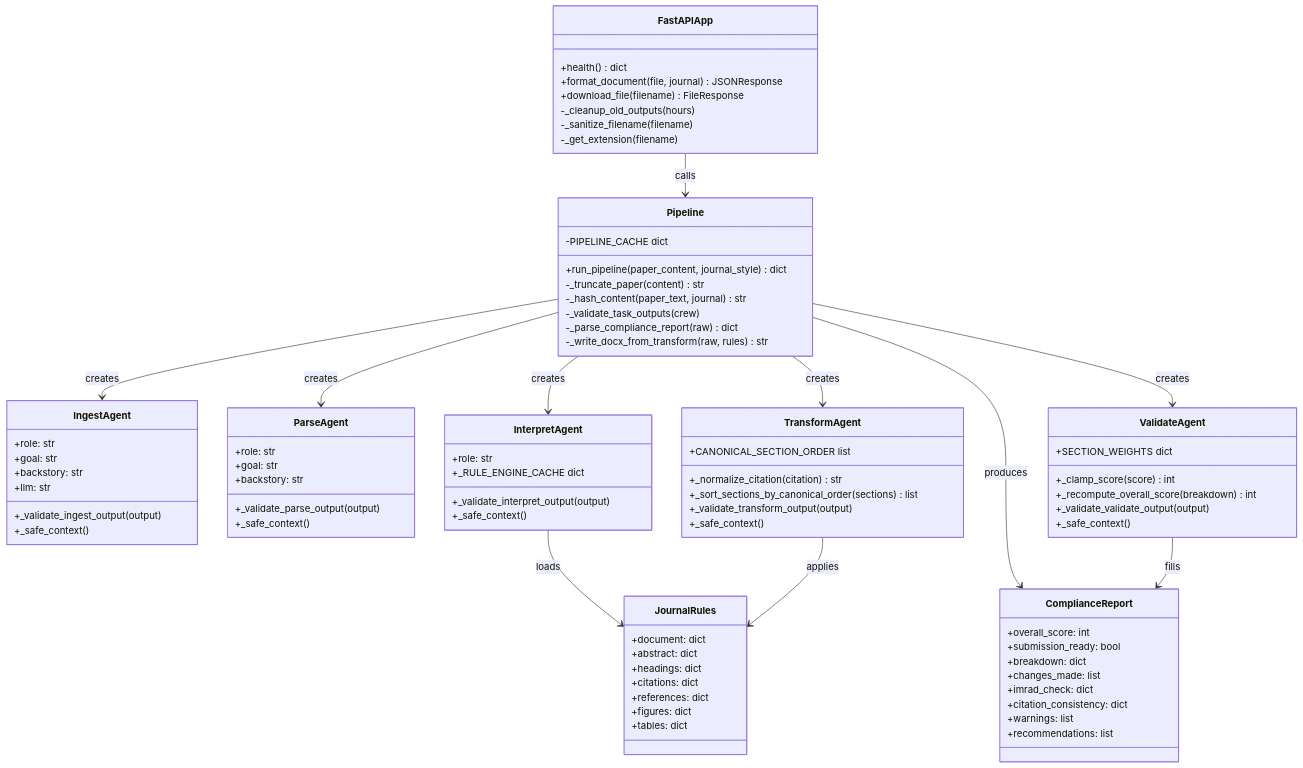
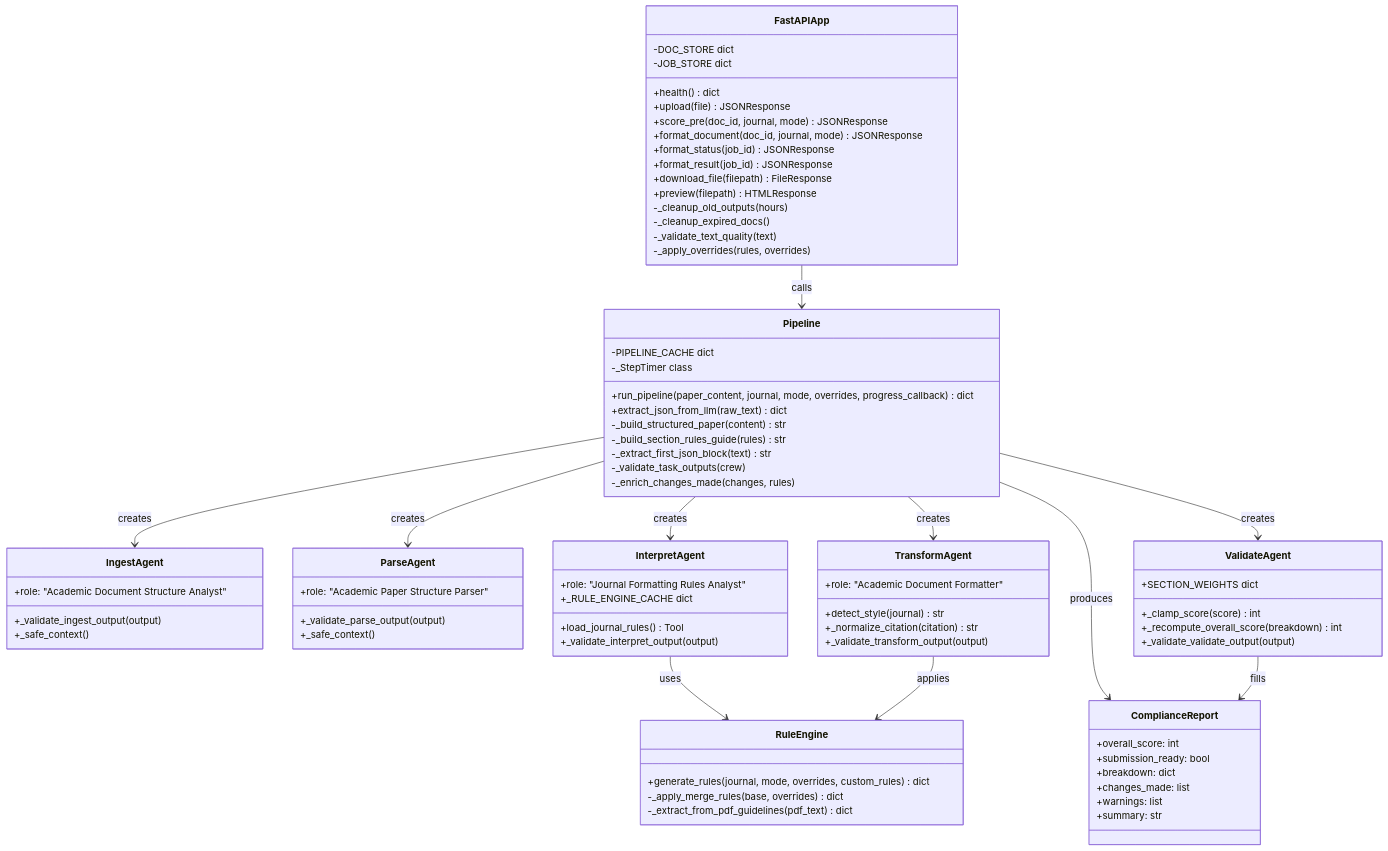
Before and after one commit to urvagandhi/TBD: the fifth of 7 diagrams in README.md, drawn with Mermaid. The commit also changed other lines of this file and 3 other files, not shown here.

````diff
--- a/README.md
+++ b/README.md
@@ -384,53 +497,57 @@
 classDiagram
     class FastAPIApp {
         +health() dict
-        +format_document(file, journal) JSONResponse
-        +download_file(filename) FileResponse
+        +upload(file) JSONResponse
+        +score_pre(doc_id, journal, mode) JSONResponse
+        +format_document(doc_id, journal, mode) JSONResponse
+        +format_status(job_id) JSONResponse
+        +format_result(job_id) JSONResponse
+        +download_file(filepath) FileResponse
+        +preview(filepath) HTMLResponse
+        -DOC_STORE dict
+        -JOB_STORE dict
         -_cleanup_old_outputs(hours)
-        -_sanitize_filename(filename)
-        -_get_extension(filename)
+        -_cleanup_expired_docs()
+        -_validate_text_quality(text)
+        -_apply_overrides(rules, overrides)
     }
 
     class Pipeline {
-        +run_pipeline(paper_content, journal_style) dict
-        -_truncate_paper(content) str
-        -_hash_content(paper_text, journal) str
+        +run_pipeline(paper_content, journal, mode, overrides, progress_callback) dict
+        +extract_json_from_llm(raw_text) dict
+        -_build_structured_paper(content) str
+        -_build_section_rules_guide(rules) str
+        -_extract_first_json_block(text) str
         -_validate_task_outputs(crew)
-        -_parse_compliance_report(raw) dict
-        -_write_docx_from_transform(raw, rules) str
+        -_enrich_changes_made(changes, rules)
         -PIPELINE_CACHE dict
+        -_StepTimer class
     }
 
     class IngestAgent {
-        +role: str
-        +goal: str
-        +backstory: str
-        +llm: str
+        +role: "Academic Document Structure Analyst"
         +_validate_ingest_output(output)
         +_safe_context()
     }
 
     class ParseAgent {
-        +role: str
-        +goal: str
-        +backstory: str
+        +role: "Academic Paper Structure Parser"
         +_validate_parse_output(output)
         +_safe_context()
     }
 
     class InterpretAgent {
-        +role: str
+        +role: "Journal Formatting Rules Analyst"
+        +load_journal_rules() Tool
         +_RULE_ENGINE_CACHE dict
         +_validate_interpret_output(output)
-        +_safe_context()
     }
 
     class TransformAgent {
-        +CANONICAL_SECTION_ORDER list
+        +role: "Academic Document Formatter"
+        +detect_style(journal) str
         +_normalize_citation(citation) str
-        +_sort_sections_by_canonical_order(sections) list
         +_validate_transform_output(output)
-        +_safe_context()
     }
 
     class ValidateAgent {
@@ -438,7 +555,12 @@
         +_clamp_score(score) int
         +_recompute_overall_score(breakdown) int
         +_validate_validate_output(output)
-        +_safe_context()
+    }
+
+    class RuleEngine {
+        +generate_rules(journal, mode, overrides, custom_rules) dict
+        -_apply_merge_rules(base, overrides) dict
+        -_extract_from_pdf_guidelines(pdf_text) dict
     }
 
     class ComplianceReport {
@@ -446,20 +568,8 @@
         +submission_ready: bool
         +breakdown: dict
         +changes_made: list
-        +imrad_check: dict
-        +citation_consistency: dict
         +warnings: list
-        +recommendations: list
-    }
-
-    class JournalRules {
-        +document: dict
-        +abstract: dict
-        +headings: dict
-        +citations: dict
-        +references: dict
-        +figures: dict
-        +tables: dict
+        +summary: str
     }
 
     FastAPIApp --> Pipeline : calls
@@ -469,7 +579,7 @@
     Pipeline --> TransformAgent : creates
     Pipeline --> ValidateAgent : creates
     Pipeline --> ComplianceReport : produces
-    InterpretAgent --> JournalRules : loads
-    TransformAgent --> JournalRules : applies
+    InterpretAgent --> RuleEngine : uses
+    TransformAgent --> RuleEngine : applies
     ValidateAgent --> ComplianceReport : fills
 ```
````
